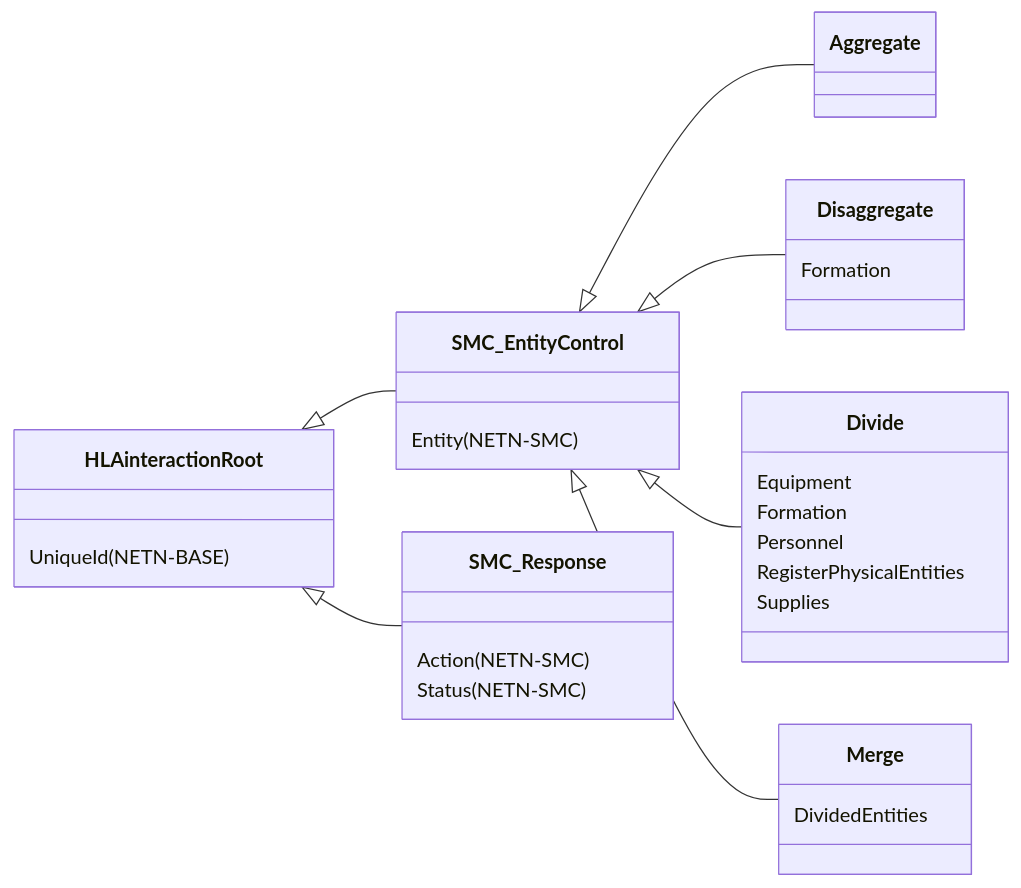
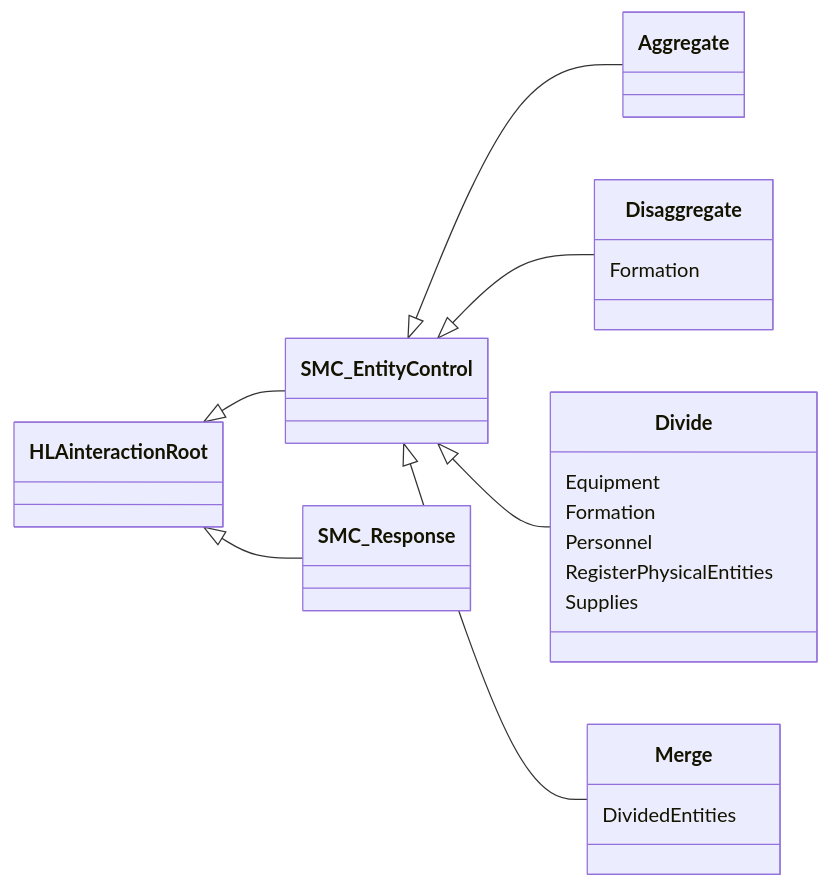
One commit to AMSP-04/NETN-FOM changed the ninth of 9 diagrams in modules/NETN-MRM/NETN-MRM.md. Above: the diagram before and after it, drawn with Mermaid. The commit also changed other lines of this file and 3 other files, not shown here.

````diff
--- a/modules/NETN-MRM/NETN-MRM.md
+++ b/modules/NETN-MRM/NETN-MRM.md
@@ -317,21 +314,17 @@
 ```mermaid
 classDiagram 
 direction LR
 HLAinteractionRoot <|-- SMC_EntityControl
 HLAinteractionRoot <|-- SMC_Response
-HLAinteractionRoot : UniqueId(NETN-BASE)
 SMC_EntityControl <|-- Aggregate
 SMC_EntityControl <|-- Disaggregate
 SMC_EntityControl <|-- Divide
 SMC_EntityControl <|-- Merge
-SMC_EntityControl : Entity(NETN-SMC)
 Disaggregate : Formation
 Divide : Equipment
 Divide : Formation
 Divide : Personnel
 Divide : RegisterPhysicalEntities
 Divide : Supplies
 Merge : DividedEntities
-SMC_Response : Action(NETN-SMC)
-SMC_Response : Status(NETN-SMC)
 ```
````
